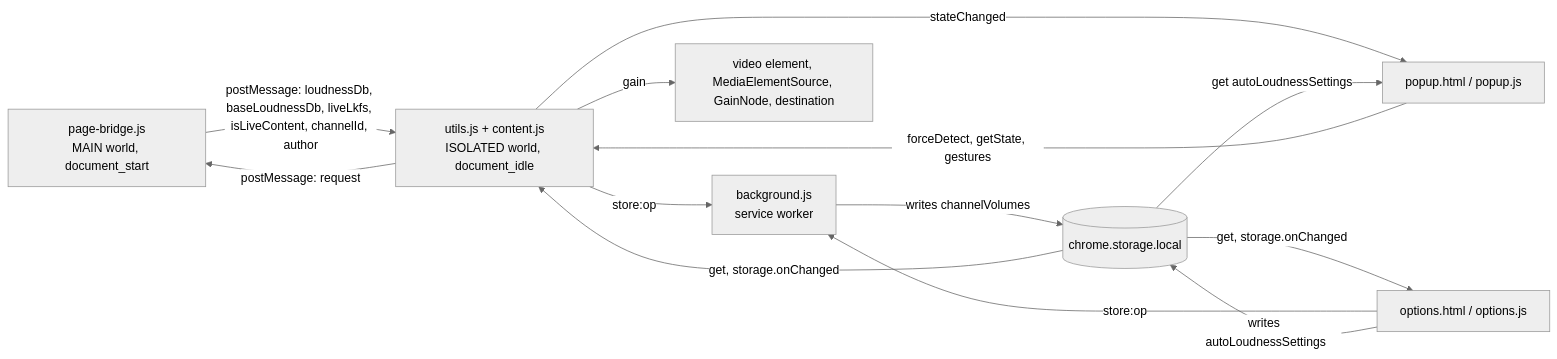
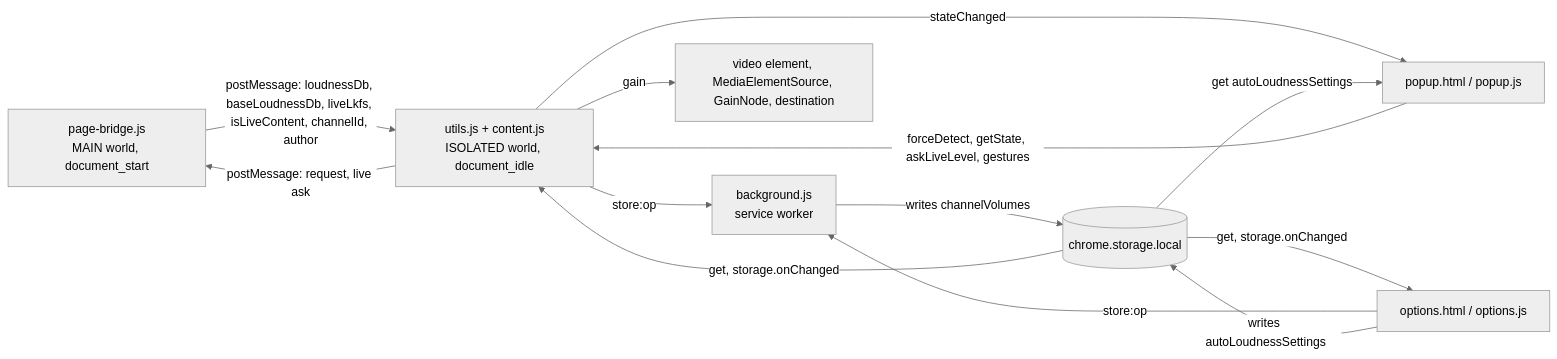
The diagram in CLAUDE.md (semnil/yt-channel-volume), drawn with Mermaid (neutral theme) before and after one commit. The commit also changed other lines of this file and 7 other files, not shown here.

````diff
--- a/CLAUDE.md
+++ b/CLAUDE.md
@@ -9,23 +9,23 @@
 ```mermaid
 flowchart LR
   bridge["page-bridge.js<br>MAIN world, document_start"]
   content["utils.js + content.js<br>ISOLATED world, document_idle"]
   bg["background.js<br>service worker"]
   popup["popup.html / popup.js"]
   options["options.html / options.js"]
   store[("chrome.storage.local")]
   audio["video element, MediaElementSource, GainNode, destination"]
 
   bridge -- "postMessage: loudnessDb, baseLoudnessDb, liveLkfs, isLiveContent, channelId, author" --> content
-  content -- "postMessage: request" --> bridge
-  popup -- "forceDetect, getState, gestures" --> content
+  content -- "postMessage: request, live ask" --> bridge
+  popup -- "forceDetect, getState, askLiveLevel, gestures" --> content
   content -- "stateChanged" --> popup
   content -- "store:op" --> bg
   options -- "store:op" --> bg
   bg -- "writes channelVolumes" --> store
   options -- "writes autoLoudnessSettings" --> store
   store -- "get, storage.onChanged" --> content
   store -- "get, storage.onChanged" --> options
   store -- "get autoLoudnessSettings" --> popup
   content -- "gain" --> audio
 ```
````
